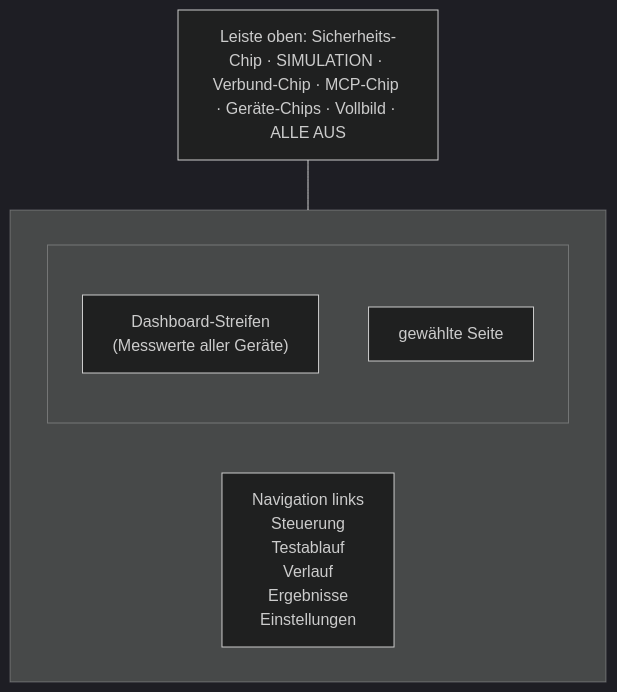
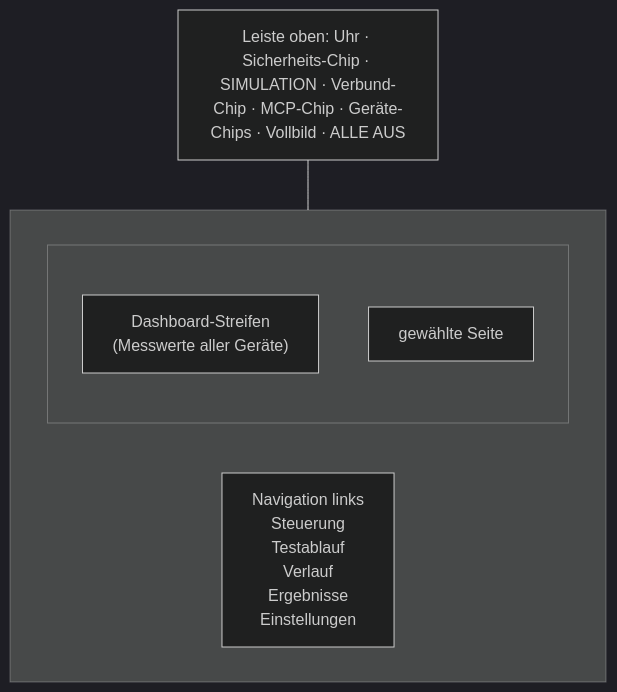
One commit to danielsimonreinhardt/LabControl changed the first of 6 diagrams in docs/de/bedienung.md. Above: the diagram before and after it, drawn with Mermaid (dark theme). The commit also changed other lines of this file and 6 other files, not shown here.

First line of the commit message:
1.0.1: Uhr-Chip oben links; Uebersicht bleibt nach Oszi-Erfassung gleich hoch; Vollbild-Knopf am PC mittig

````diff
--- a/docs/de/bedienung.md
+++ b/docs/de/bedienung.md
@@ -10,13 +10,13 @@
 ```mermaid
 flowchart TB
-  TOP["Leiste oben: Sicherheits-Chip · SIMULATION · Verbund-Chip · MCP-Chip · Geräte-Chips · Vollbild · ALLE AUS"]
+  TOP["Leiste oben: Uhr · Sicherheits-Chip · SIMULATION · Verbund-Chip · MCP-Chip · Geräte-Chips · Vollbild · ALLE AUS"]
   subgraph MITTE[" "]
     direction LR
     NAV["Navigation links<br/>Steuerung<br/>Testablauf<br/>Verlauf<br/>Ergebnisse<br/>Einstellungen"]
     subgraph RECHTS[" "]
       DASH["Dashboard-Streifen<br/>(Messwerte aller Geräte)"]
       PAGE["gewählte Seite"]
     end
   end
   TOP --- MITTE
 ```
````
